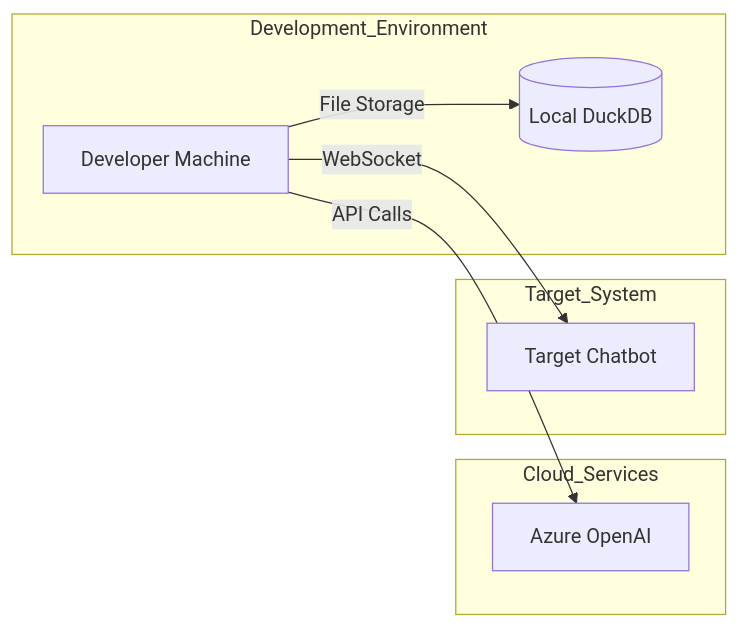
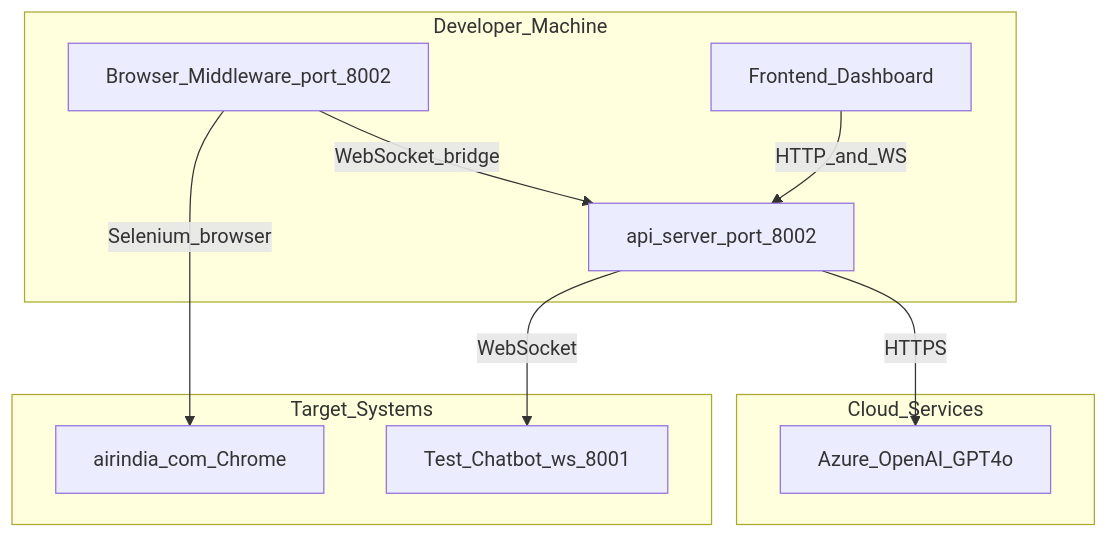
One commit to Deepta-Sunny/Hackathon changed the fourth of 4 diagrams in doc/01_HIGH_LEVEL_DESIGN.md. Above: the diagram before and after it, drawn with Mermaid. The commit also changed other lines of this file and 54 other files, not shown here.

````diff
--- a/doc/01_HIGH_LEVEL_DESIGN.md
+++ b/doc/01_HIGH_LEVEL_DESIGN.md
@@ -267,19 +334,23 @@
 ```mermaid
-graph LR
-    subgraph Development_Environment
-        DEV[Developer Machine]
-        LOCAL_DB[(Local DuckDB)]
+graph TD
+    subgraph Developer_Machine
+        API[api_server_port_8002]
+        MW[Browser_Middleware_port_8002]
+        FRONT[Frontend_Dashboard]
     end
-    
+
     subgraph Cloud_Services
-        AZURE[Azure OpenAI]
+        AZURE[Azure_OpenAI_GPT4o]
     end
-    
-    subgraph Target_System
-        CHATBOT[Target Chatbot]
+
+    subgraph Target_Systems
+        CHATBOT[Test_Chatbot_ws_8001]
+        AIRINDIA[airindia_com_Chrome]
     end
-    
-    DEV -->|API Calls| AZURE
-    DEV -->|WebSocket| CHATBOT
-    DEV -->|File Storage| LOCAL_DB
+
+    FRONT -->|HTTP_and_WS| API
+    API -->|HTTPS| AZURE
+    API -->|WebSocket| CHATBOT
+    MW -->|WebSocket_bridge| API
+    MW -->|Selenium_browser| AIRINDIA
 ```
````
